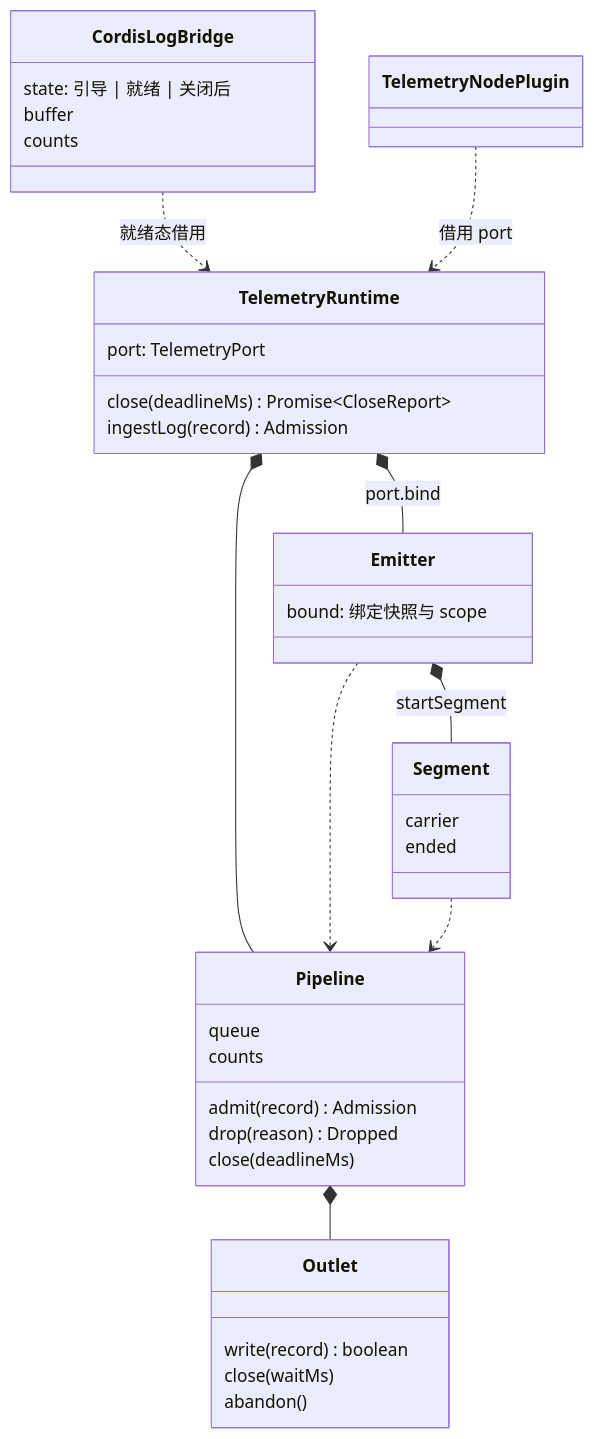
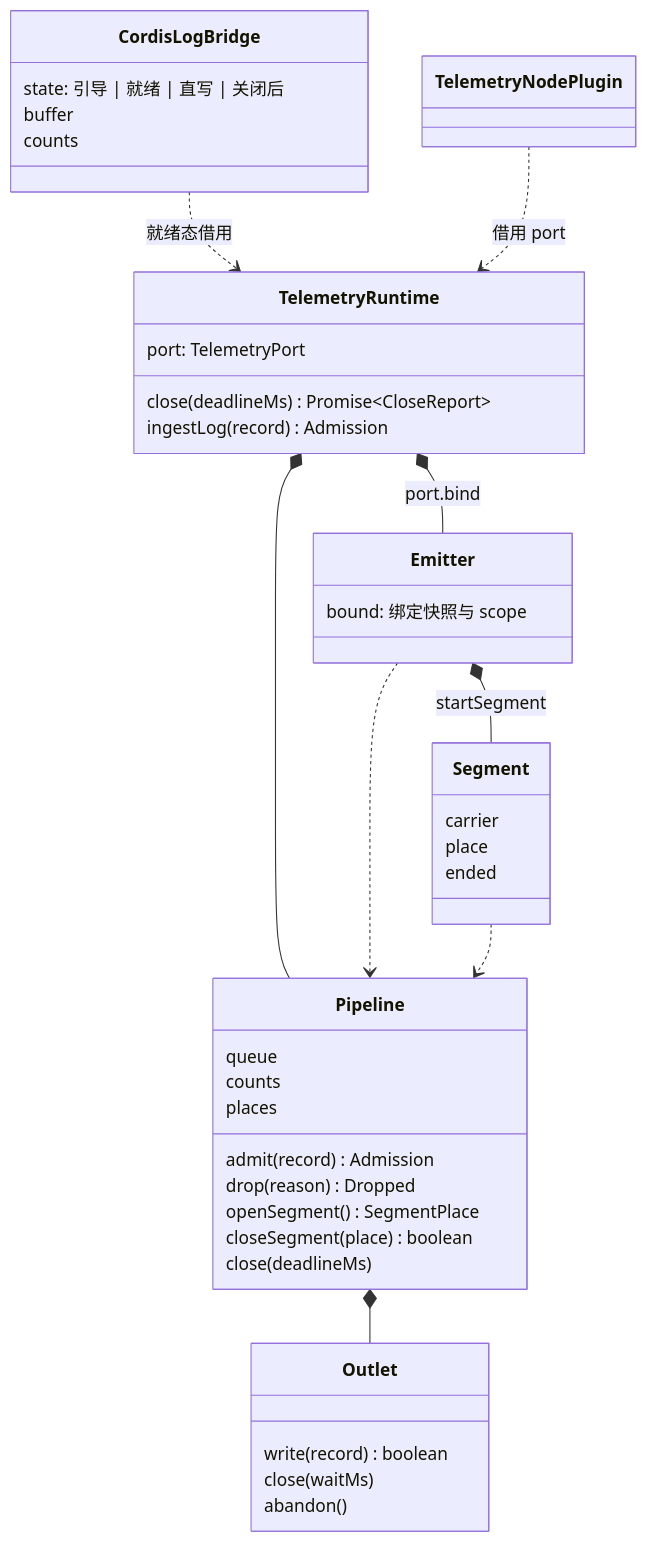
Before and after one commit to nemori-ai/omne-harness-lite: the diagram in packages/telemetry/telemetry-node/docs/object-model.md, drawn with Mermaid. The commit also changed other lines of this file and 37 other files, not shown here.

````diff
--- a/packages/telemetry/telemetry-node/docs/object-model.md
+++ b/packages/telemetry/telemetry-node/docs/object-model.md
@@ -5,41 +5,45 @@
 ```mermaid
 classDiagram
   class TelemetryRuntime {
     port: TelemetryPort
     close(deadlineMs) Promise~CloseReport~
     ingestLog(record) Admission
   }
   class Pipeline {
     queue
     counts
+    places
     admit(record) Admission
     drop(reason) Dropped
+    openSegment() SegmentPlace
+    closeSegment(place) boolean
     close(deadlineMs)
   }
   class Outlet {
     write(record) boolean
     close(waitMs)
     abandon()
   }
   class Emitter {
     bound: 绑定快照与 scope
   }
   class Segment {
     carrier
+    place
     ended
   }
   class CordisLogBridge {
-    state: 引导 | 就绪 | 关闭后
+    state: 引导 | 就绪 | 直写 | 关闭后
     buffer
     counts
   }
   class TelemetryNodePlugin
   TelemetryRuntime *-- Pipeline
   Pipeline *-- Outlet
   TelemetryRuntime *-- Emitter : port.bind
   Emitter ..> Pipeline
   Emitter *-- Segment : startSegment
   Segment ..> Pipeline
   CordisLogBridge ..> TelemetryRuntime : 就绪态借用
   TelemetryNodePlugin ..> TelemetryRuntime : 借用 port
 ```
````
